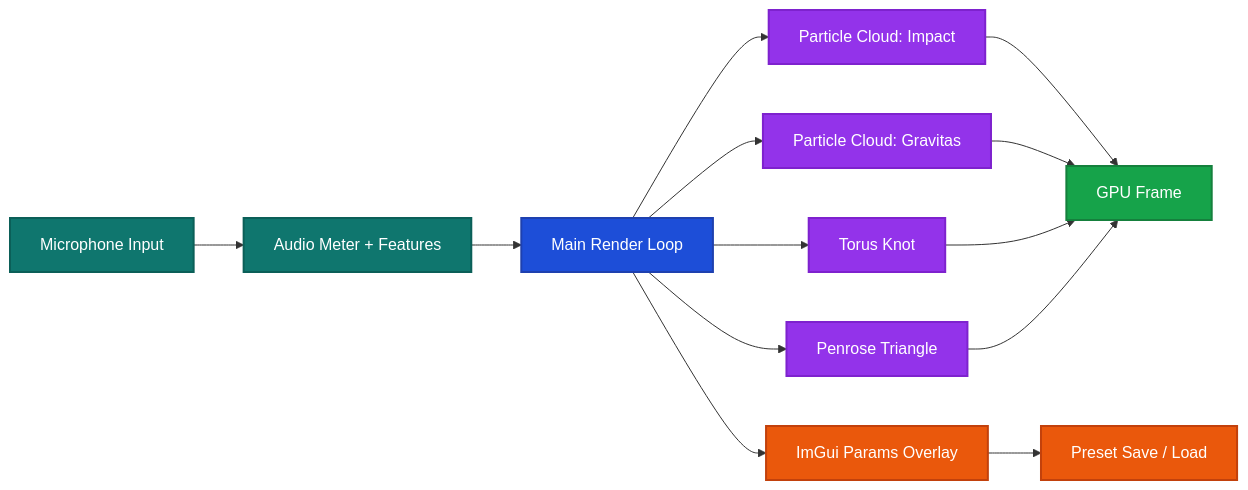
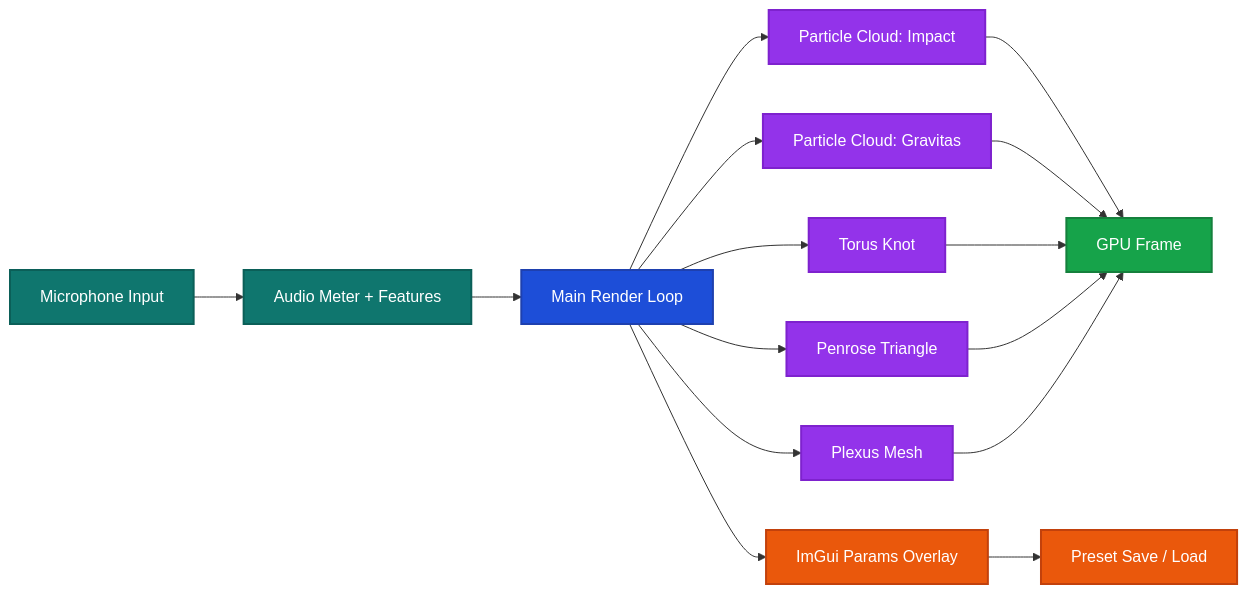
One commit to crafted-glitches/particled changed the first of 2 diagrams in README.md. Above: the diagram before and after it, drawn with Mermaid. The commit also changed other lines of this file and 14 other files, not shown here.

````diff
--- a/README.md
+++ b/README.md
@@ -20,27 +21,29 @@
 ```mermaid
 flowchart LR
 	Mic[Microphone Input] --> Meter[Audio Meter + Features]
 	Meter --> Main[Main Render Loop]
 	Main --> Impact[Particle Cloud: Impact]
 	Main --> Gravitas[Particle Cloud: Gravitas]
 	Main --> Torus[Torus Knot]
 	Main --> Penrose[Penrose Triangle]
+	Main --> Plexus[Plexus Mesh]
 	Main --> Overlay[ImGui Params Overlay]
 	Overlay --> Presets[Preset Save / Load]
 	Impact --> Frame[GPU Frame]
 	Gravitas --> Frame
 	Torus --> Frame
 	Penrose --> Frame
+	Plexus --> Frame
 
 	classDef audio fill:#0f766e,color:#ffffff,stroke:#0b5f58,stroke-width:2px;
 	classDef core fill:#1d4ed8,color:#ffffff,stroke:#1e40af,stroke-width:2px;
 	classDef vis fill:#9333ea,color:#ffffff,stroke:#7e22ce,stroke-width:2px;
 	classDef ui fill:#ea580c,color:#ffffff,stroke:#c2410c,stroke-width:2px;
 	classDef out fill:#16a34a,color:#ffffff,stroke:#15803d,stroke-width:2px;
 
 	class Mic,Meter audio;
 	class Main core;
-	class Impact,Gravitas,Torus,Penrose vis;
+	class Impact,Gravitas,Torus,Penrose,Plexus vis;
 	class Overlay,Presets ui;
 	class Frame out;
 ```
````
